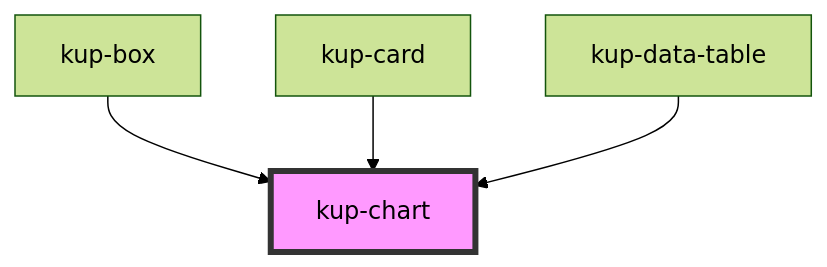
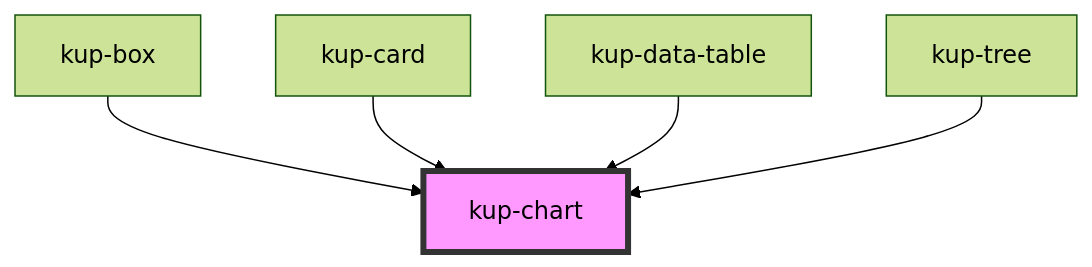
Before and after one commit to smeup/ketchup: the diagram in packages/ketchup/src/components/kup-chart/readme.md, drawn with Mermaid (forest theme). The commit also changed other lines of this file and 17 other files, not shown here.

Commit message:
kup-data-table renderCell mirrored in kup-tree

````diff
--- a/packages/ketchup/src/components/kup-chart/readme.md
+++ b/packages/ketchup/src/components/kup-chart/readme.md
@@ -62,7 +63,8 @@
 ```mermaid
 graph TD;
   kup-box --> kup-chart
   kup-card --> kup-chart
   kup-data-table --> kup-chart
+  kup-tree --> kup-chart
   style kup-chart fill:#f9f,stroke:#333,stroke-width:4px
 ```
````
